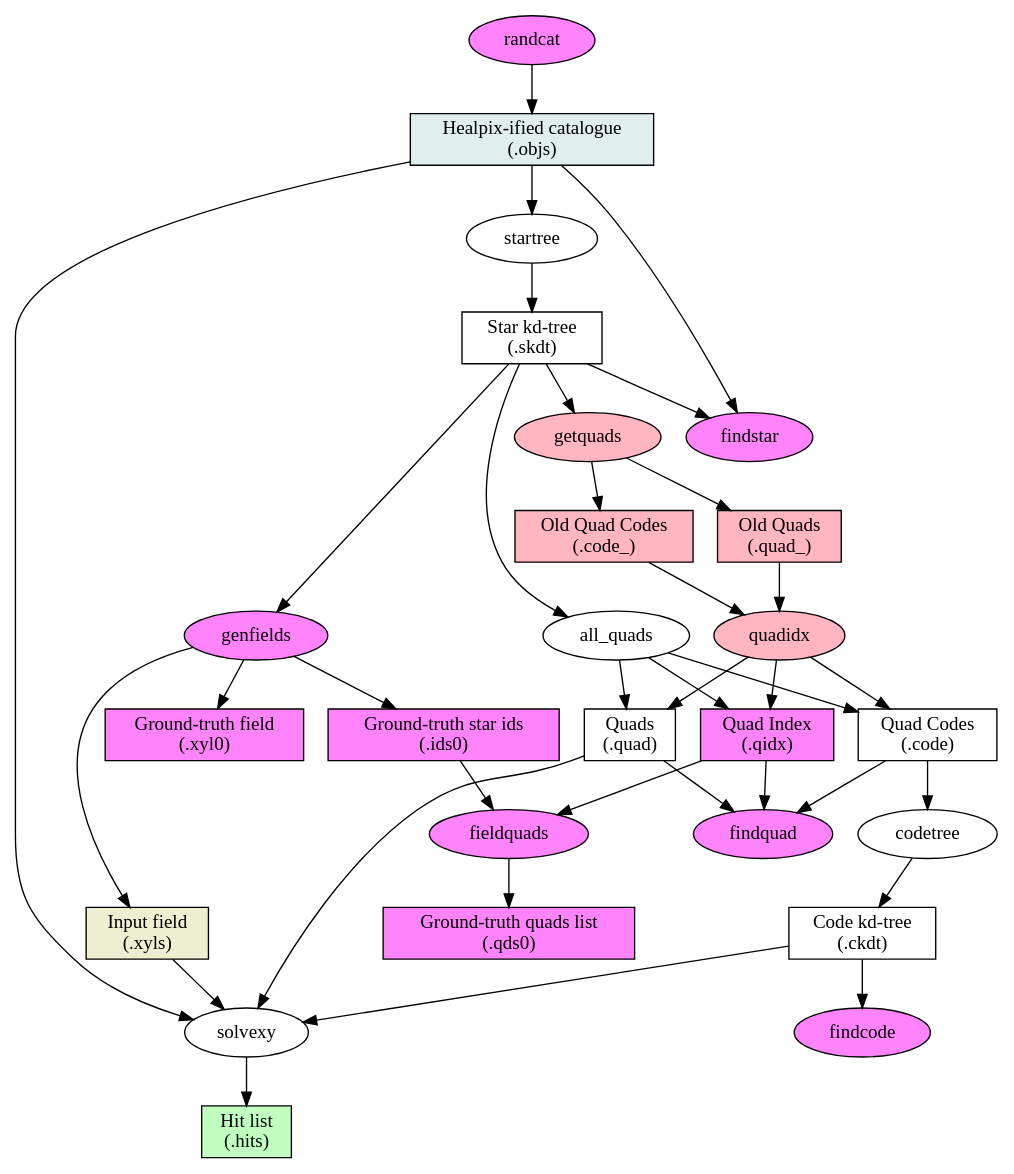
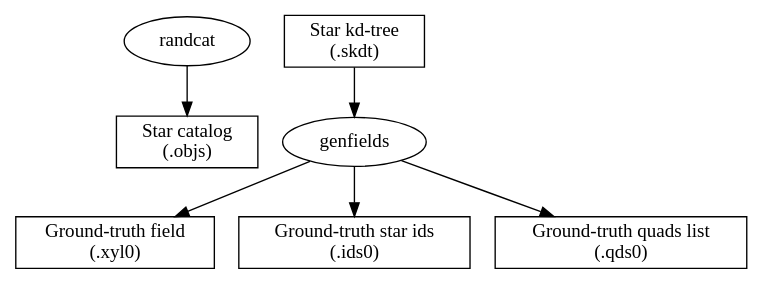
One commit to blackball/an-test6 changed the diagram in src/quads/pipeline3.dot. Above: the diagram before and after it, drawn with Graphviz. The commit also changed 1 other file, not shown here.

```diff
--- a/src/quads/pipeline3.dot
+++ b/src/quads/pipeline3.dot
@@ -1,99 +1,24 @@
-graph solvepipeline {
-	// graph [ rankdir = LR ];
+graph debugpipeline {
 	graph [ rankdir = TB ];
 	node [ shape=box ];
 	edge [ dir=forward ];
 
-	node [ style=filled, fillcolor=azure2 ];
-	objs [ label="Healpix-ified catalogue\n(.objs)" ];
-
-	// sort of obsolete things
-	node [ fillcolor=lightpink ];
-	code_ [ label="Old Quad Codes\n(.code_)" ];
-	quad_ [ label="Old Quads\n(.quad_)" ];
-
-	// debugging-type things
-	node [ fillcolor=orchid1 ];
+	objs [ label="Star catalog\n(.objs)" ];
+	skdt [ label="Star kd-tree\n(.skdt)" ];
 	xyl0 [ label="Ground-truth field\n(.xyl0)" ];
 	ids0 [ label="Ground-truth star ids\n(.ids0)"];
 	qds0 [ label="Ground-truth quads list\n(.qds0)"];
-	qidx [ label="Quad Index\n(.qidx)" ];
 
-	node [ style="" ];
-	ckdt [ label="Code kd-tree\n(.ckdt)" ];
-	quad [ label="Quads\n(.quad)" ];
-	skdt [ label="Star kd-tree\n(.skdt)" ];
-	code [ label="Quad Codes\n(.code)" ];
-
-	node [ style=filled, fillcolor=lightyellow2 ];
-	xyls [ label="Input field\n(.xyls)" ];
-
-	node [ style=filled, fillcolor=darkseagreen1 ];
-	hits [ label="Hit list\n(.hits)" ];
-
-	node [ shape=ellipse, style="" ];
-	startree [ label="startree" ];
-	allquads [ label="all_quads" ];
-	codetree [ label="codetree" ];
-	solvexy [ label="solvexy" ];
-
-	objs -- startree
-	startree -- skdt
-
-	skdt -- allquads
-	allquads -- qidx
-	allquads -- code
-	allquads -- quad
-
-	code -- codetree
-	codetree -- ckdt
-
-	objs -- solvexy
-	ckdt -- solvexy
-	quad -- solvexy
-	xyls -- solvexy
-	solvexy -- hits
-
-	//node [ shape=ellipse, style=filled, fillcolor=gold2 ];
-
-	// debugging-type things
-	node [ shape=ellipse, style=filled, fillcolor=orchid1 ];
+	node [ shape=ellipse ];
 
 	randcat -- objs
 
 	skdt -- genfields
-	genfields -- xyls // [ constraint=false ];
 	genfields -- xyl0
 	genfields -- ids0
+	genfields -- qds0
+}
 
-	qidx -- fieldquads
-	ids0 -- fieldquads
-	fieldquads -- qds0
-
-	skdt -- findstar
-	objs -- findstar
-
-	qidx -- findquad
-	quad -- findquad
-	code -- findquad
-
-	ckdt -- findcode
-
-	node [ fillcolor=lightpink ];
-	skdt -- getquads
-	getquads -- code_
-	getquads -- quad_
-
-	code_ -- quadidx
-	quad_ -- quadidx
-	quadidx -- code
-	quadidx -- quad
-	quadidx -- qidx
-
-}
 // render with:
-//   dot -Tps2 -o pipeline3.ps pipeline3.dot
-// to get bounding box:
-//   gs -q -dNOPAUSE -dBATCH -dTextAlphaBits=4 -dGraphicsAlphaBits=4 -sDEVICE=bbox pipeline3.ps
-// to render as png:
-//   gs -q -dNOPAUSE -dBATCH -dTextAlphaBits=4 -dGraphicsAlphaBits=4 -sDEVICE=png16m -sOutputFile=pipeline3.png -g355x225 pipeline3.ps
+//   dot -Tps2 -o pipeline3.eps pipeline3.dot
+//   epstopng pipeline3.eps
```
